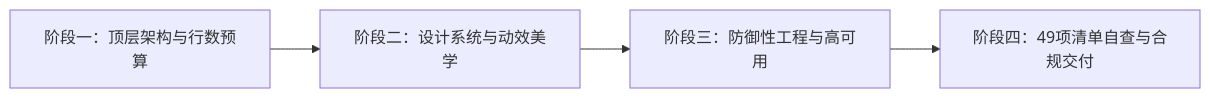
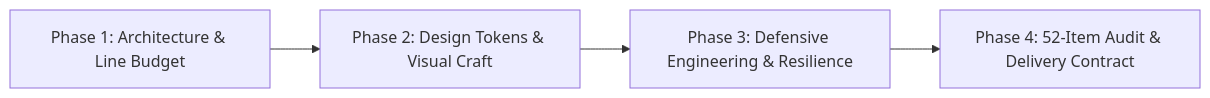
Before and after one commit to wujiit/fullstack-craft-perfection: the diagram in SKILL.md, drawn with Mermaid. The commit also changed other lines of this file and 4 other files, not shown here.

````diff
--- a/SKILL.md
+++ b/SKILL.md
@@ -22,6 +24,6 @@
 ```mermaid
 flowchart LR
-    A["阶段一：顶层架构与行数预算"] --> B["阶段二：设计系统与动效美学"]
-    B --> C["阶段三：防御性工程与高可用"]
-    C --> D["阶段四：49项清单自查与合规交付"]
+    A["Phase 1: Architecture & Line Budget"] --> B["Phase 2: Design Tokens & Visual Craft"]
+    B --> C["Phase 3: Defensive Engineering & Resilience"]
+    C --> D["Phase 4: 52-Item Audit & Delivery Contract"]
 ```
````
